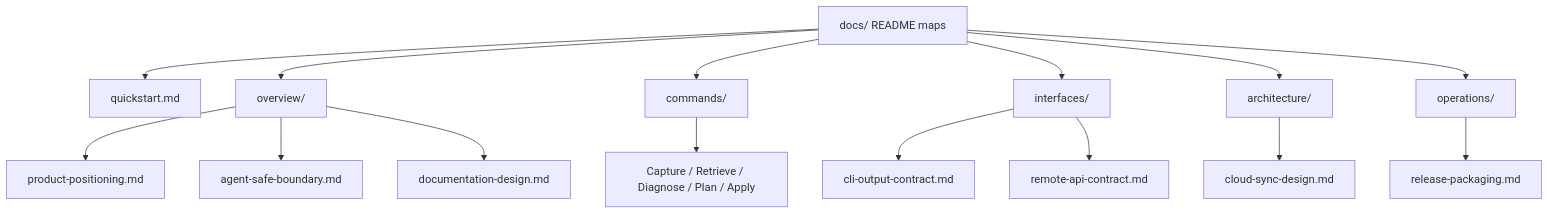
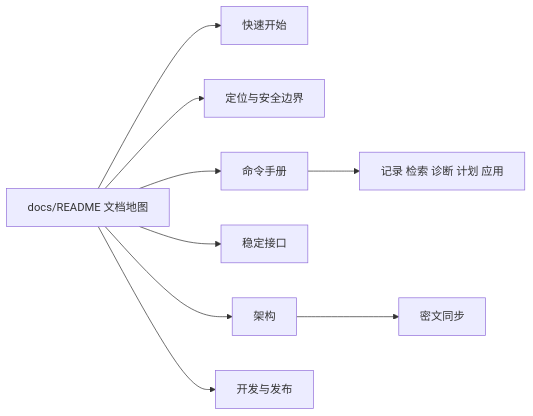
One commit to yeisme/pinax changed the diagram in docs/overview/documentation-design.md. Above: the diagram before and after it, drawn with Mermaid. The commit also changed other lines of this file and 119 other files, not shown here.

````diff
--- a/docs/overview/documentation-design.md
+++ b/docs/overview/documentation-design.md
@@ -23,19 +19,11 @@
 ```mermaid
-flowchart TD
-    Root[docs/ README maps] --> Start[quickstart.md]
-    Root --> Overview[overview/]
-    Root --> Commands[commands/]
-    Root --> Interfaces[interfaces/]
-    Root --> Architecture[architecture/]
-    Root --> Operations[operations/]
-
-    Overview --> Positioning[product-positioning.md]
-    Overview --> Boundary[agent-safe-boundary.md]
-    Overview --> DocDesign[documentation-design.md]
-
-    Commands --> ProofLoop[Capture / Retrieve / Diagnose / Plan / Apply]
-    Interfaces --> Output[cli-output-contract.md]
-    Interfaces --> API[remote-api-contract.md]
-    Architecture --> Cloud[cloud-sync-design.md]
-    Operations --> Release[release-packaging.md]
+flowchart LR
+  Map[docs/README 文档地图] --> Quick[快速开始]
+  Map --> Overview[定位与安全边界]
+  Map --> Commands[命令手册]
+  Map --> Interfaces[稳定接口]
+  Map --> Architecture[架构]
+  Map --> Operations[开发与发布]
+  Commands --> Proof[记录 检索 诊断 计划 应用]
+  Architecture --> Sync[密文同步]
 ```
````
